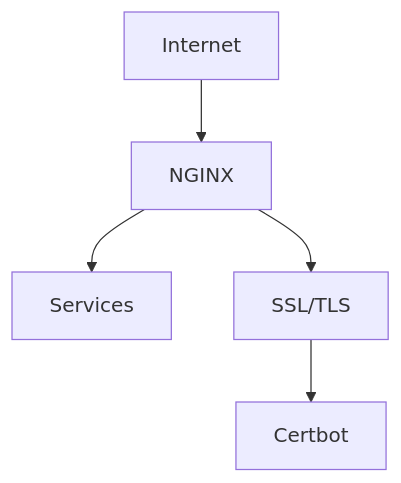
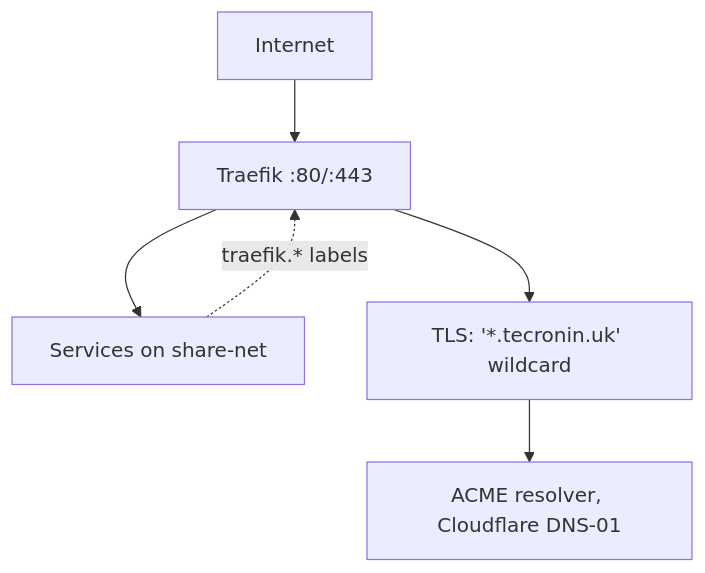
Before and after one commit to tim-oe/home_server: the third of 3 diagrams in docs/service_configuration.md, drawn with Mermaid. The commit also changed other lines of this file and 8 other files, not shown here.

````diff
--- a/docs/service_configuration.md
+++ b/docs/service_configuration.md
@@ -199,7 +193,8 @@
 ```mermaid
 graph TD
-    A[Internet] --> B[NGINX]
-    B --> C[Services]
-    B --> D[SSL/TLS]
-    D --> E[Certbot]
+    A[Internet] --> B[Traefik :80/:443]
+    B --> C[Services on share-net]
+    B --> D[TLS: '*.tecronin.uk' wildcard]
+    D --> E[ACME resolver, Cloudflare DNS-01]
+    C -.->|traefik.* labels| B
 ```
````
